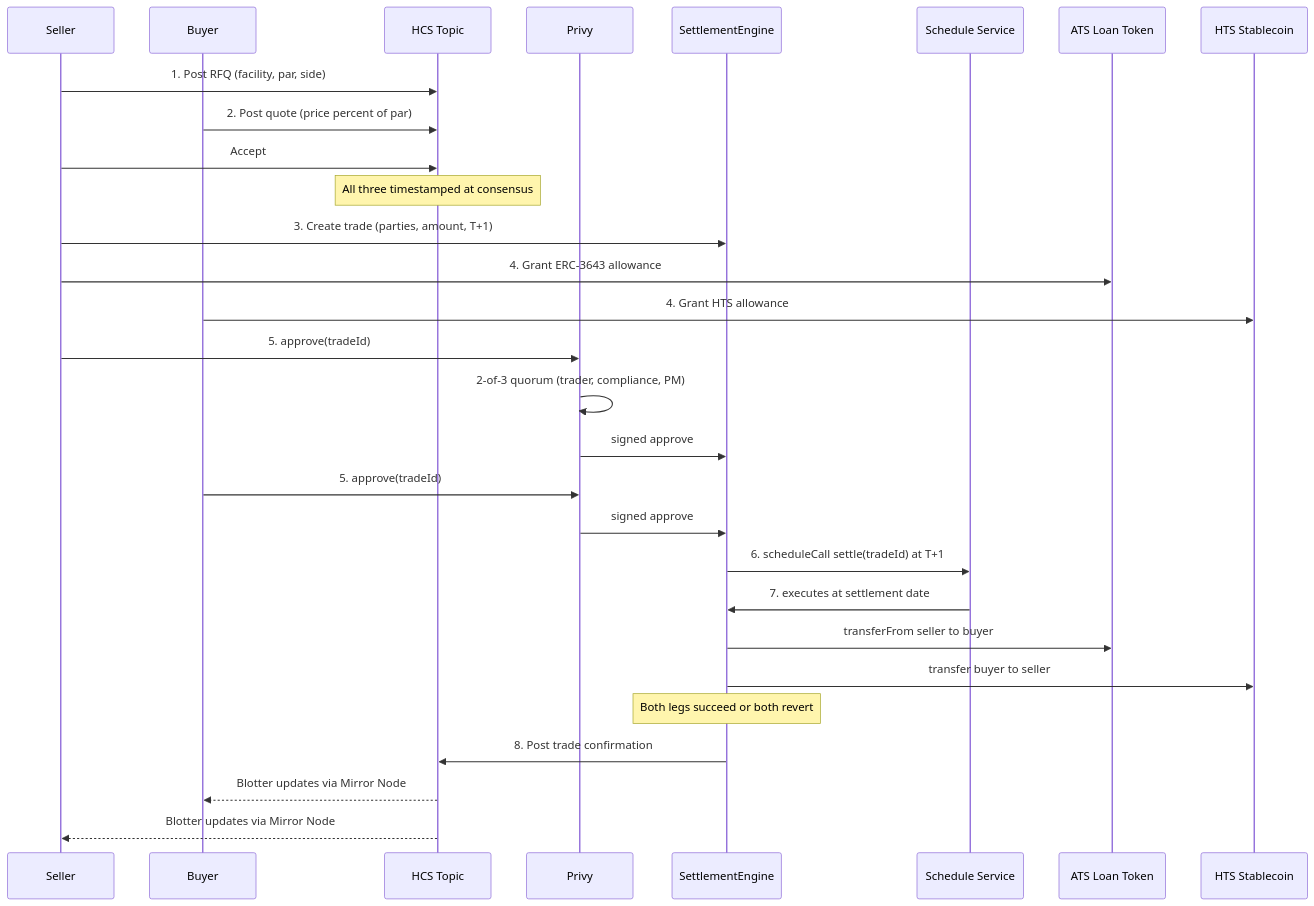
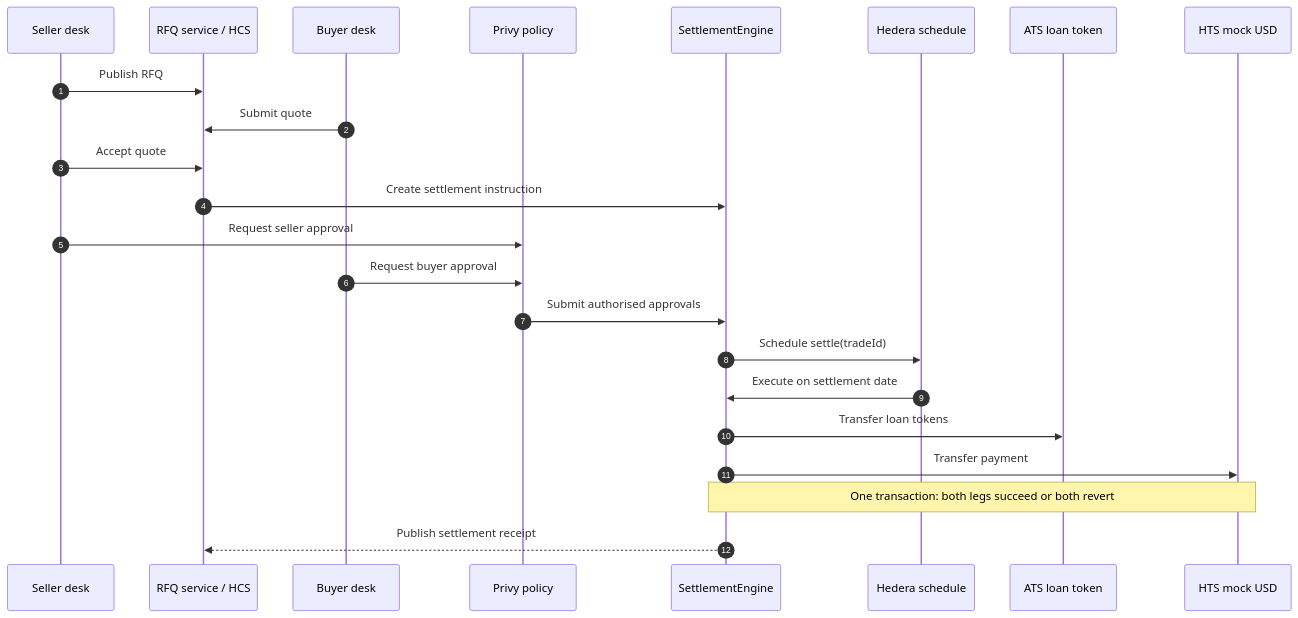
The second of 6 diagrams in HACKATHON-PRD.md (queenleoa/SyndicateLend), drawn with Mermaid before and after one commit. The commit also changed other lines of this file and 1 other file, not shown here.

````diff
--- a/HACKATHON-PRD.md
+++ b/HACKATHON-PRD.md
@@ -192,36 +156,26 @@
 ```mermaid
 sequenceDiagram
-    participant Seller
-    participant Buyer
-    participant HCS as HCS Topic
-    participant Privy
-    participant SE as SettlementEngine
-    participant HSS as Schedule Service
-    participant ATS as ATS Loan Token
-    participant HTS as HTS Stablecoin
+    autonumber
+    participant S as Seller desk
+    participant M as RFQ service / HCS
+    participant B as Buyer desk
+    participant P as Privy policy
+    participant E as SettlementEngine
+    participant H as Hedera schedule
+    participant L as ATS loan token
+    participant C as HTS mock USD
 
-    Seller->>HCS: 1. Post RFQ (facility, par, side)
-    Buyer->>HCS: 2. Post quote (price percent of par)
-    Seller->>HCS: Accept
-    Note over HCS: All three timestamped at consensus
-
-    Seller->>SE: 3. Create trade (parties, amount, T+1)
-    Seller->>ATS: 4. Grant ERC-3643 allowance
-    Buyer->>HTS: 4. Grant HTS allowance
-
-    Seller->>Privy: 5. approve(tradeId)
-    Privy->>Privy: 2-of-3 quorum (trader, compliance, PM)
-    Privy->>SE: signed approve
-    Buyer->>Privy: 5. approve(tradeId)
-    Privy->>SE: signed approve
-
-    SE->>HSS: 6. scheduleCall settle(tradeId) at T+1
-    HSS->>SE: 7. executes at settlement date
-    SE->>ATS: transferFrom seller to buyer
-    SE->>HTS: transfer buyer to seller
-    Note over SE: Both legs succeed or both revert
-
-    SE->>HCS: 8. Post trade confirmation
-    HCS-->>Buyer: Blotter updates via Mirror Node
-    HCS-->>Seller: Blotter updates via Mirror Node
+    S->>M: Publish RFQ
+    B->>M: Submit quote
+    S->>M: Accept quote
+    M->>E: Create settlement instruction
+    S->>P: Request seller approval
+    B->>P: Request buyer approval
+    P->>E: Submit authorised approvals
+    E->>H: Schedule settle(tradeId)
+    H->>E: Execute on settlement date
+    E->>L: Transfer loan tokens
+    E->>C: Transfer payment
+    Note over E,C: One transaction: both legs succeed or both revert
+    E-->>M: Publish settlement receipt
 ```
````
